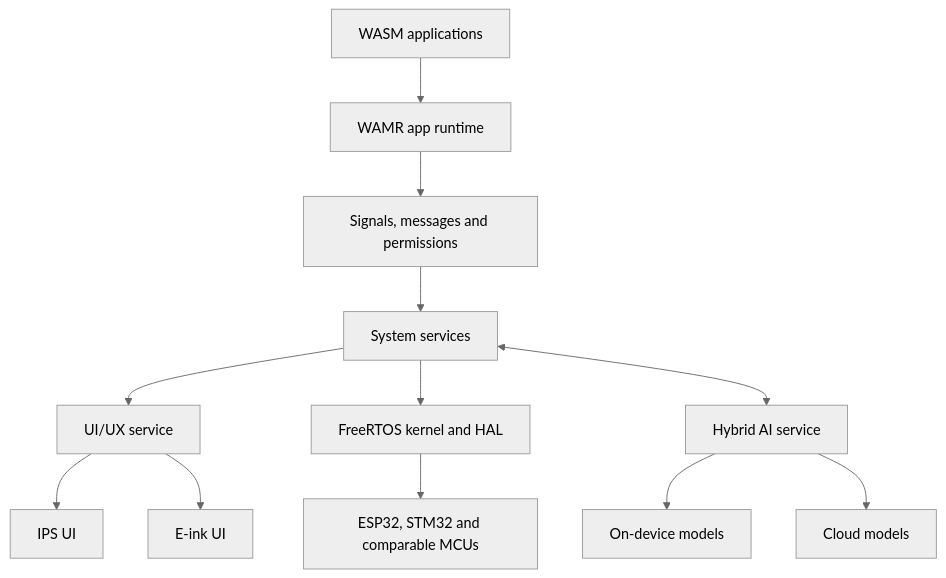
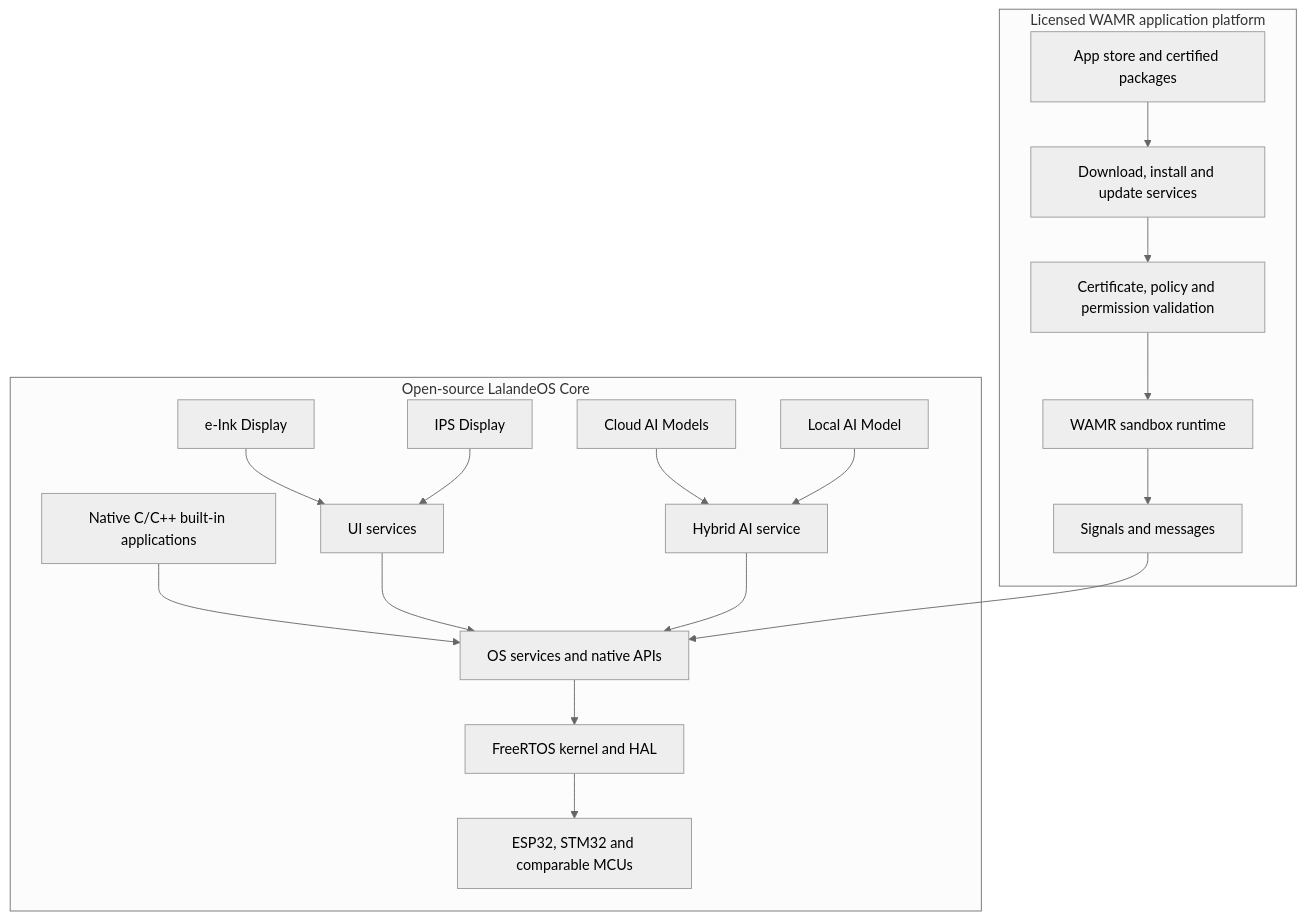
Before and after one commit to yawong0925/lalandeos: the diagram in README.md, drawn with Mermaid (neutral theme). The commit also changed other lines of this file and 3 other files, not shown here.

````diff
--- a/README.md
+++ b/README.md
@@ -30,17 +50,24 @@
 ```mermaid
 flowchart TB
-    A[WASM applications] --> B[WAMR app runtime]
-    B --> C[Signals, messages and permissions]
-    C --> D[System services]
-    D --> L[UI/UX service]
-    D --> E[FreeRTOS kernel and HAL]
-    E --> F[ESP32, STM32 and comparable MCUs]
+    subgraph LP[Licensed WAMR application platform]
+        A[App store and certified packages] --> B[Download, install and update services]
+        B --> C[Certificate, policy and permission validation]
+        C --> D[WAMR sandbox runtime]
+        D --> E[Signals and messages]
+    end
 
+    subgraph CORE[Open-source LalandeOS Core]
+        N[Native C/C++ built-in applications] --> S[OS services and native APIs]
+        E --> S
+        S --> K[FreeRTOS kernel and HAL]
+        K --> H[ESP32, STM32 and comparable MCUs]
+        
+        UI[UI services] --> S
+        EPD[e-Ink Display] --> UI
+        IPS[IPS Display] --> UI
 
-    D <--> G[Hybrid AI service]
-    G --> H[On-device models]
-    G --> I[Cloud models]
-
-    L --> J[IPS UI]
-    L --> K[E-ink UI]
+        AI[Hybrid AI service] --> S
+        CLD[Cloud AI Models] --> AI
+        LCL[Local AI Model] --> AI
+    end
 ```
````
